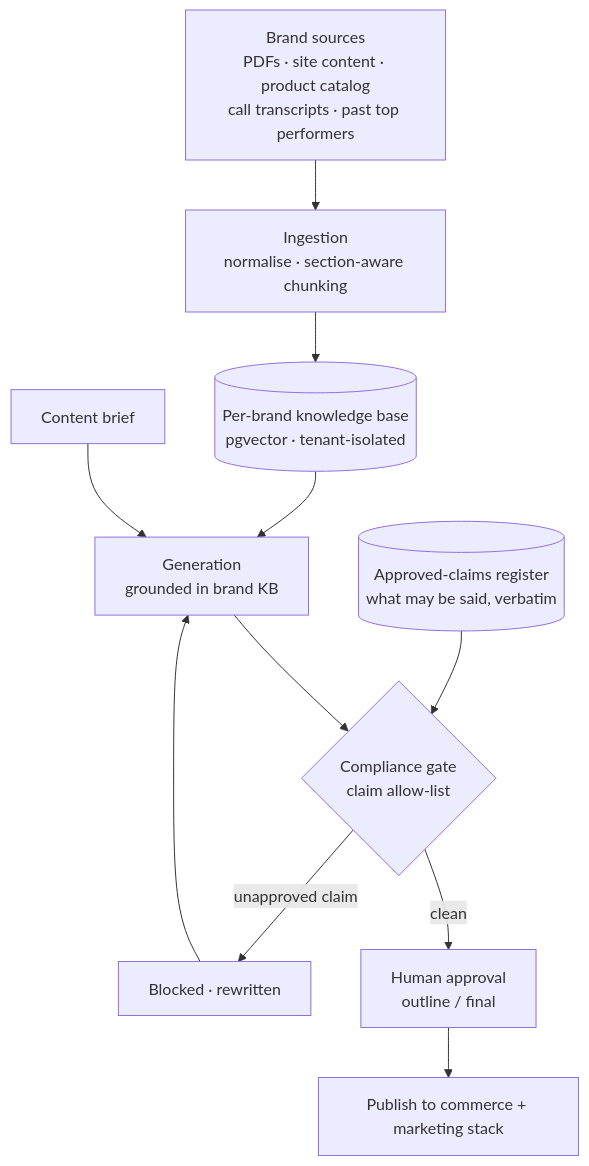
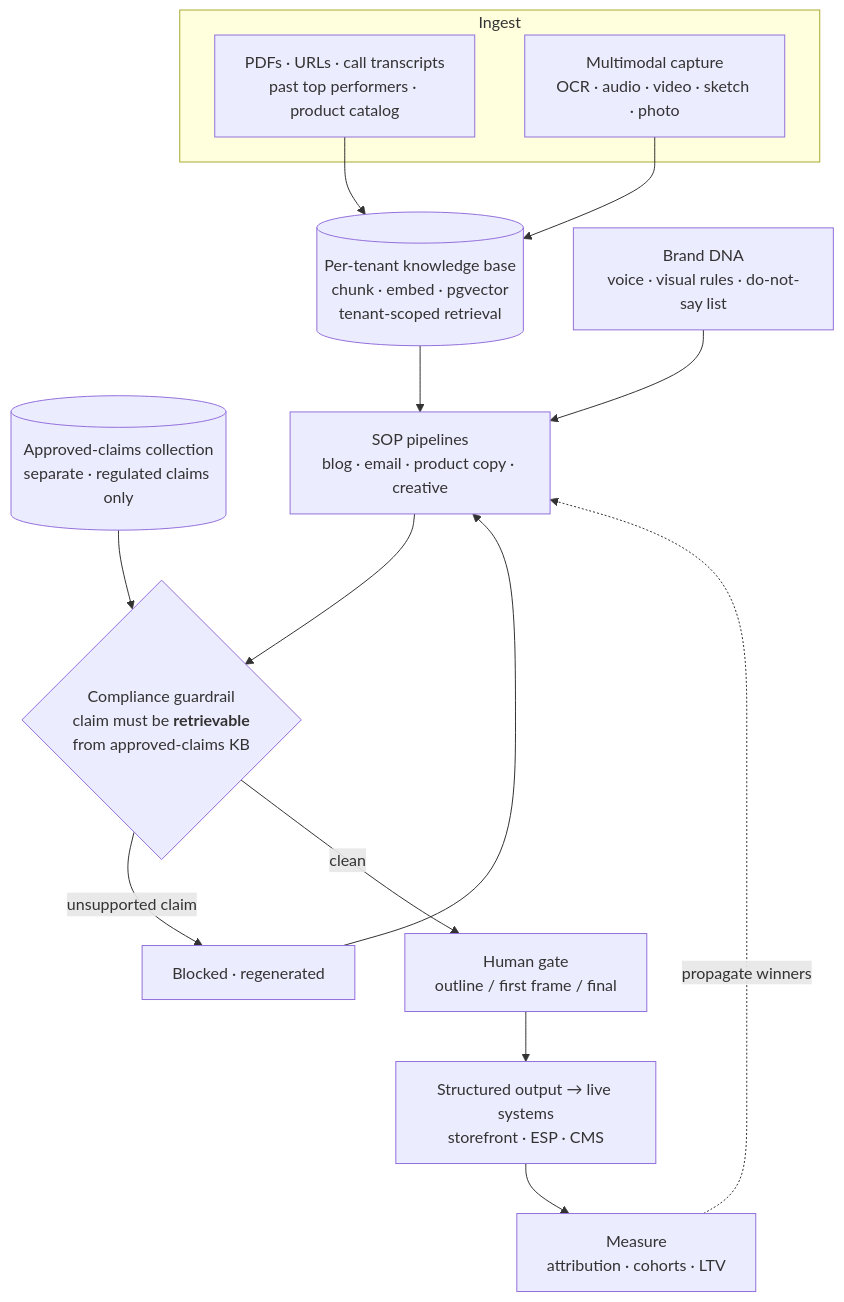
The diagram in 04-content-compliance.md (swapnilaswale9822/applied-ai-architecture), drawn with Mermaid before and after one commit. The commit also changed other lines of this file and 2 other files, not shown here.

First line of the commit message:
Deepen content-engine case study; correct maturity labels

````diff
--- a/04-content-compliance.md
+++ b/04-content-compliance.md
@@ -27,15 +36,25 @@
 ```mermaid
 flowchart TB
-    SRC["Brand sources<br/>PDFs · site content · product catalog<br/>call transcripts · past top performers"] --> ING
-    ING["Ingestion<br/>normalise · section-aware chunking"] --> KB
-    KB[("Per-brand knowledge base<br/>pgvector · tenant-isolated")]
-    KB --> GEN
-    CLAIMS[("Approved-claims register<br/>what may be said, verbatim")] --> CHECK
-    BRIEF["Content brief"] --> GEN
-    GEN["Generation<br/>grounded in brand KB"] --> CHECK
-    CHECK{"Compliance gate<br/>claim allow-list"}
-    CHECK -->|"unapproved claim"| BLOCK["Blocked · rewritten"]
-    CHECK -->|"clean"| HITL
-    BLOCK --> GEN
-    HITL["Human approval<br/>outline / final"] --> PUB["Publish to commerce + marketing stack"]
+    subgraph ING["Ingest"]
+        SRC["PDFs · URLs · call transcripts<br/>past top performers · product catalog"]
+        OMNI["Multimodal capture<br/>OCR · audio · video · sketch · photo"]
+    end
+    SRC --> BRAIN
+    OMNI --> BRAIN
+    BRAIN[("Per-tenant knowledge base<br/>chunk · embed · pgvector<br/>tenant-scoped retrieval")]
+    CLAIMS[("Approved-claims collection<br/>separate · regulated claims only")]
+    DNA["Brand DNA<br/>voice · visual rules · do-not-say list"]
+
+    BRAIN --> SOP
+    DNA --> SOP
+    SOP["SOP pipelines<br/>blog · email · product copy · creative"]
+    SOP --> GUARD
+    CLAIMS --> GUARD
+    GUARD{"Compliance guardrail<br/>claim must be <b>retrievable</b><br/>from approved-claims KB"}
+    GUARD -->|"unsupported claim"| REGEN["Blocked · regenerated"]
+    REGEN --> SOP
+    GUARD -->|"clean"| HITL["Human gate<br/>outline / first frame / final"]
+    HITL --> OUT["Structured output → live systems<br/>storefront · ESP · CMS"]
+    OUT --> MEASURE["Measure<br/>attribution · cohorts · LTV"]
+    MEASURE -.->|"propagate winners"| SOP
 ```
````
